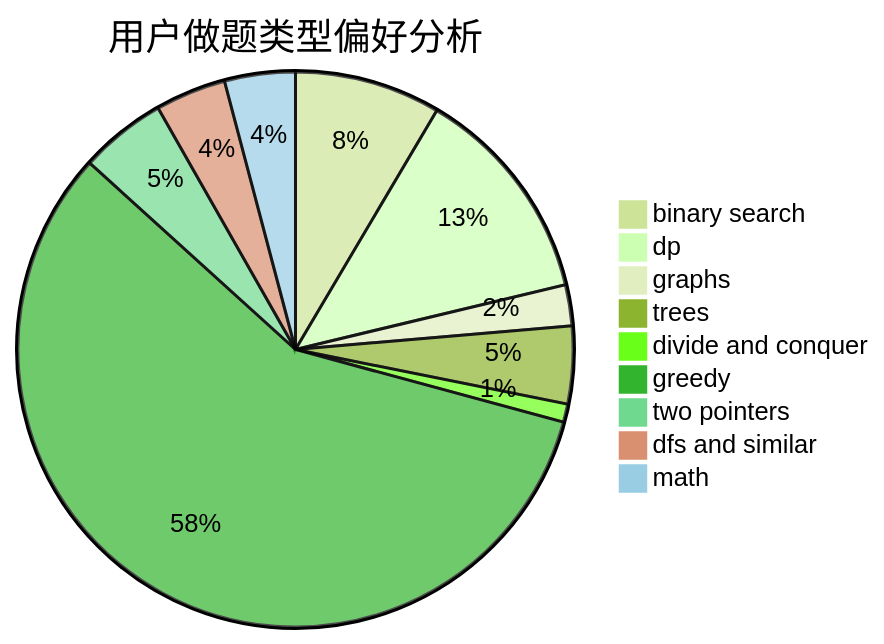
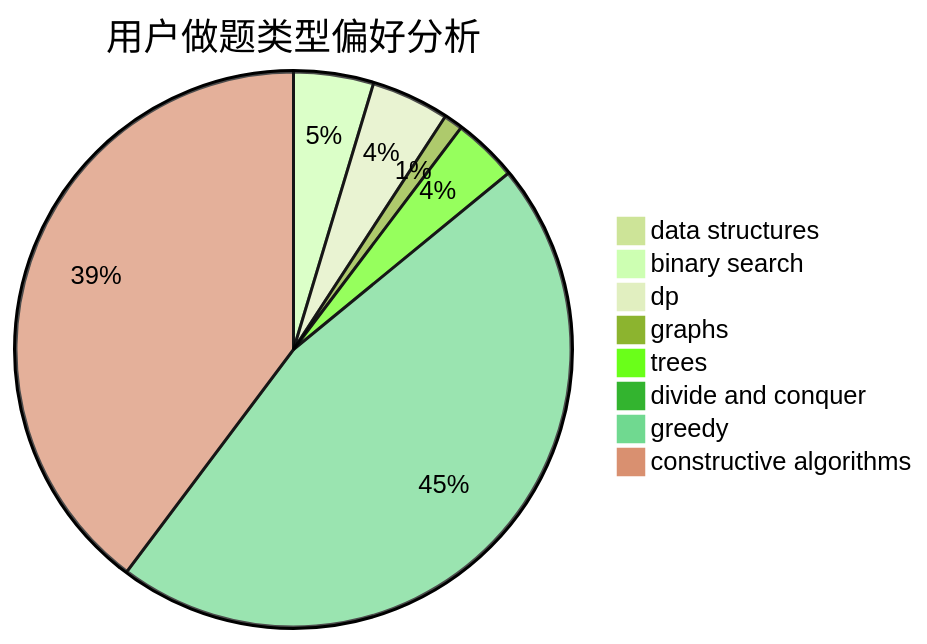
Before and after one commit to sherpahu/cfrs.github.io: the second of 3 diagrams in docs/user/u2164.md, drawn with Mermaid (forest theme). The commit also changed other lines of this file and 2775 other files, not shown here.

````diff
--- a/docs/user/u2164.md
+++ b/docs/user/u2164.md
@@ -23,12 +23,11 @@
 ```mermaid
 pie title 用户做题类型偏好分析
-    "binary search" :  64
-    "dp" :  96
-    "graphs" :  18
+    "data structures" :  9
+    "binary search" :  42
+    "dp" :  41
+    "graphs" :  10
     "trees" :  34
     "divide and conquer" :  8
-    "greedy" :  433
-    "two pointers" :  38
-    "dfs and similar" :  31
-    "math" :  31
+    "greedy" :  417
+    "constructive algorithms" :  359
 ```
````
